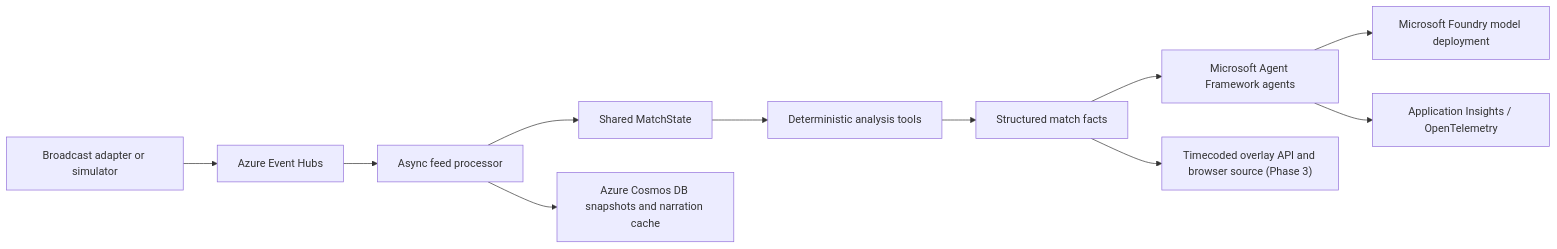
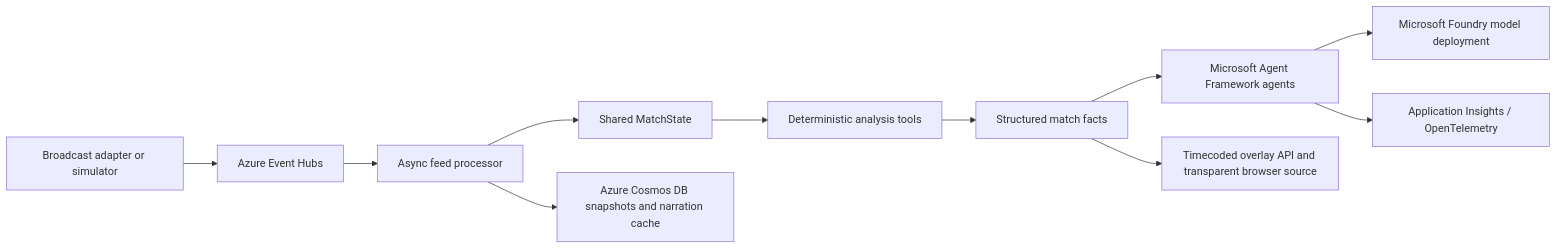
The diagram in README.md (tomdave01/Galadriel), drawn with Mermaid before and after one commit. The commit also changed other lines of this file and 15 other files, not shown here.

````diff
--- a/README.md
+++ b/README.md
@@ -11,13 +11,13 @@
 ```mermaid
 flowchart LR
     Producer["Broadcast adapter or simulator"] --> EH["Azure Event Hubs"]
     EH --> Processor["Async feed processor"]
     Processor --> State["Shared MatchState"]
     State --> Engine["Deterministic analysis tools"]
     Engine --> Facts["Structured match facts"]
     Facts --> Agents["Microsoft Agent Framework agents"]
     Agents --> Foundry["Microsoft Foundry model deployment"]
     Processor --> Cosmos["Azure Cosmos DB snapshots and narration cache"]
     Agents --> Insights["Application Insights / OpenTelemetry"]
-    Facts --> Overlay["Timecoded overlay API and browser source (Phase 3)"]
+    Facts --> Overlay["Timecoded overlay API and transparent browser source"]
 ```
````
